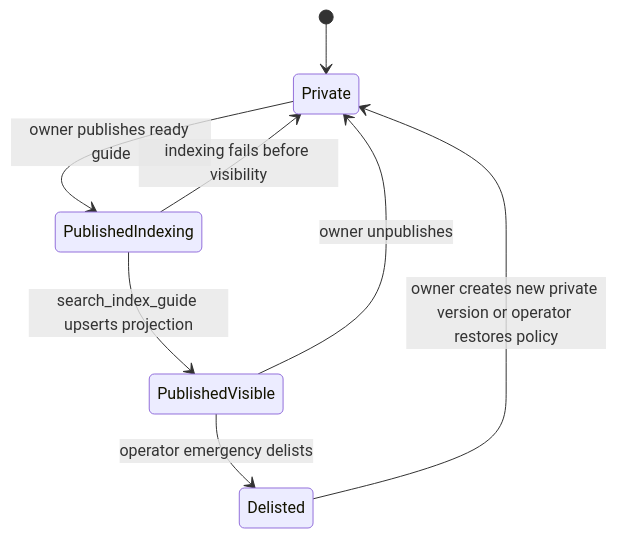
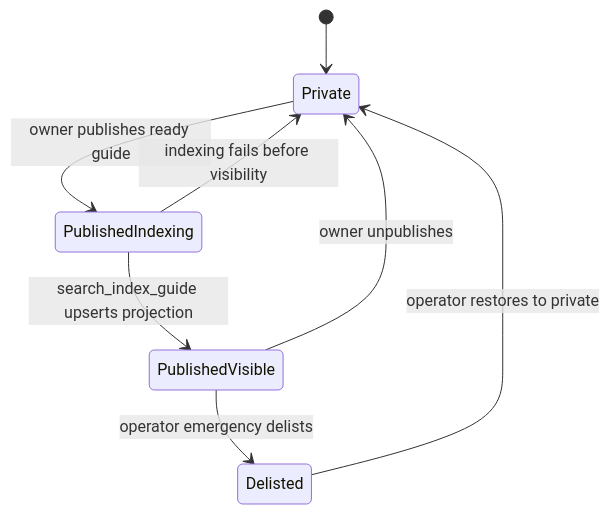
One commit to skyeyestang99/studyhack-backend changed the second of 5 diagrams in docs/Study-Guide-Discovery-Design-Doc.md. Above: the diagram before and after it, drawn with Mermaid. The commit also changed other lines of this file, not shown here.

````diff
--- a/docs/Study-Guide-Discovery-Design-Doc.md
+++ b/docs/Study-Guide-Discovery-Design-Doc.md
@@ -44,10 +44,10 @@
 ```mermaid
 stateDiagram-v2
   [*] --> Private
   Private --> PublishedIndexing: owner publishes ready guide
   PublishedIndexing --> PublishedVisible: search_index_guide upserts projection
   PublishedIndexing --> Private: indexing fails before visibility
   PublishedVisible --> Private: owner unpublishes
   PublishedVisible --> Delisted: operator emergency delists
-  Delisted --> Private: owner creates new private version or operator restores policy
+  Delisted --> Private: operator restores to private
 ```
````
